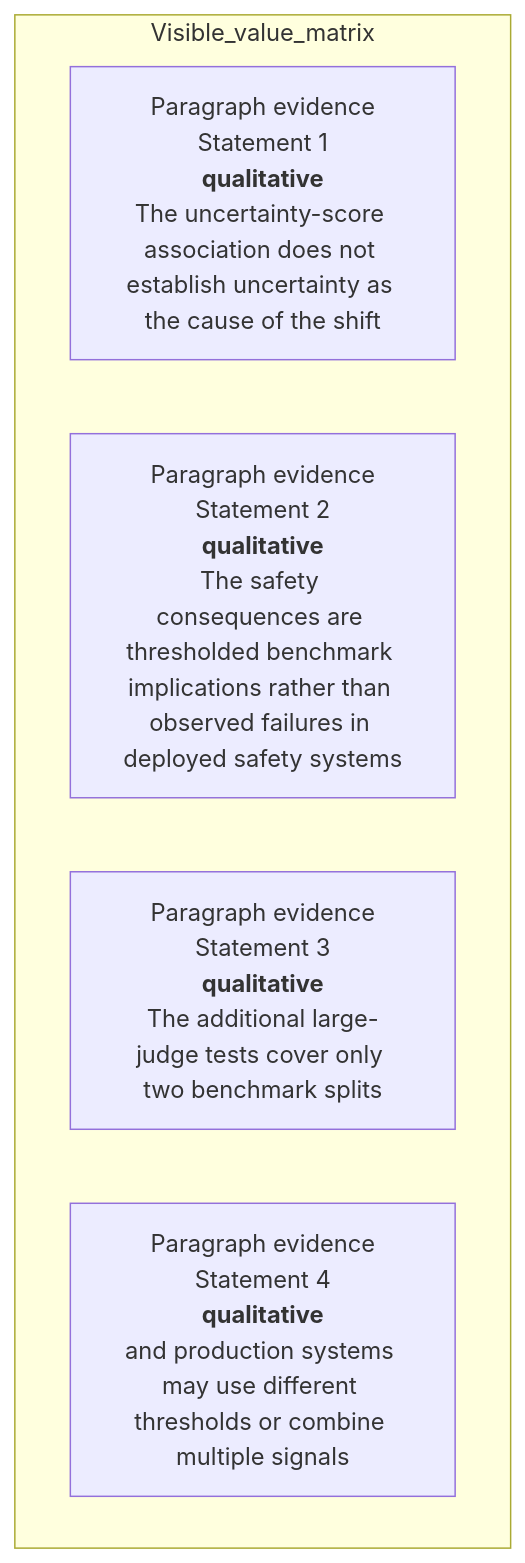
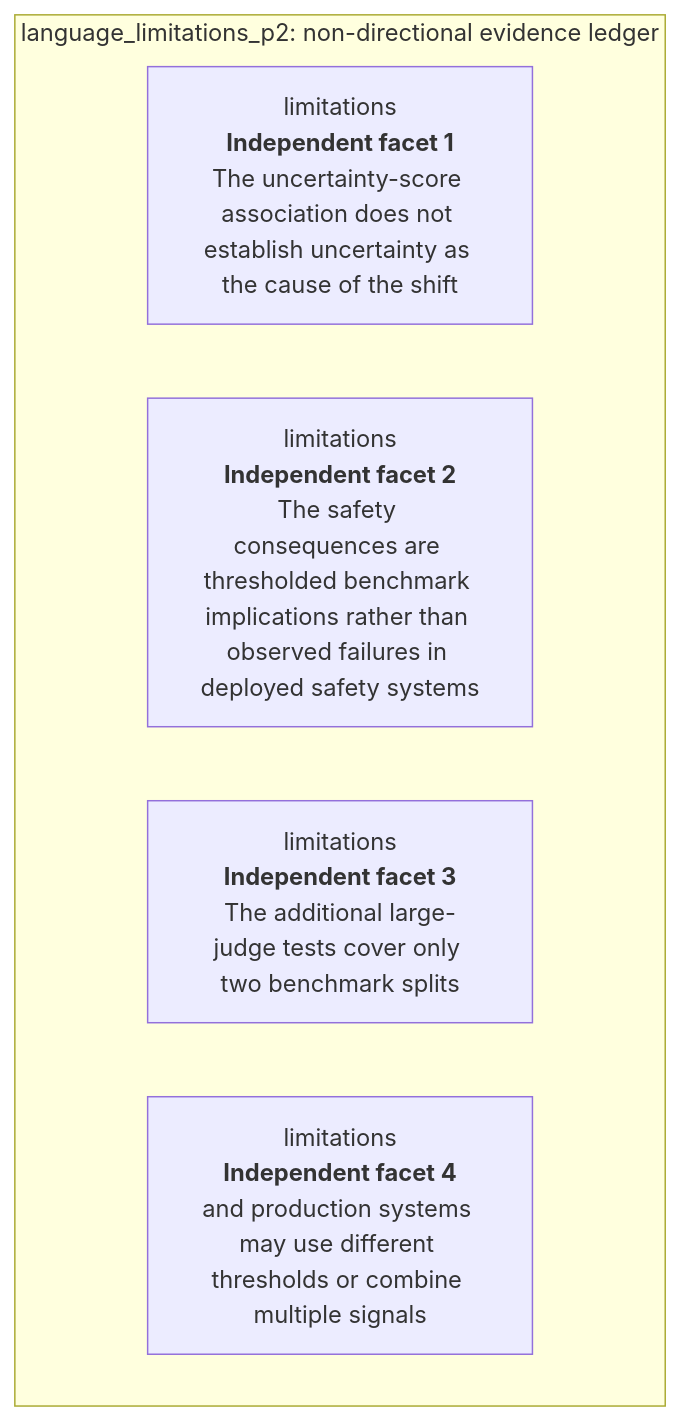
One commit to Betancourt1/paper_atlas changed diagram 41 of 48 in docs/visual-manifests/VISUAL_MANIFEST_LLM_EVALUATORS_LANGUAGES.md. Above: the diagram before and after it, drawn with Mermaid. The commit also changed other lines of this file and 7 other files, not shown here.

````diff
--- a/docs/visual-manifests/VISUAL_MANIFEST_LLM_EVALUATORS_LANGUAGES.md
+++ b/docs/visual-manifests/VISUAL_MANIFEST_LLM_EVALUATORS_LANGUAGES.md
@@ -3477,9 +3481,9 @@
 ```mermaid
 flowchart TB
-  subgraph Visible_value_matrix
-    r1["Paragraph evidence<br/>Statement 1<br/><b>qualitative</b><br/>The uncertainty-score association does not establish uncertainty as the cause of the shift"]
-    r2["Paragraph evidence<br/>Statement 2<br/><b>qualitative</b><br/>The safety consequences are thresholded benchmark implications rather than observed failures in deployed safety systems"]
-    r3["Paragraph evidence<br/>Statement 3<br/><b>qualitative</b><br/>The additional large-judge tests cover only two benchmark splits"]
-    r4["Paragraph evidence<br/>Statement 4<br/><b>qualitative</b><br/>and production systems may use different thresholds or combine multiple signals"]
+  subgraph Ledger["language_limitations_p2: non-directional evidence ledger"]
+    r1["limitations<br/><b>Independent facet 1</b><br/>The uncertainty-score association does not establish uncertainty as the cause of the shift"]
+    r2["limitations<br/><b>Independent facet 2</b><br/>The safety consequences are thresholded benchmark implications rather than observed failures in deployed safety systems"]
+    r3["limitations<br/><b>Independent facet 3</b><br/>The additional large-judge tests cover only two benchmark splits"]
+    r4["limitations<br/><b>Independent facet 4</b><br/>and production systems may use different thresholds or combine multiple signals"]
   end
 ```
````
